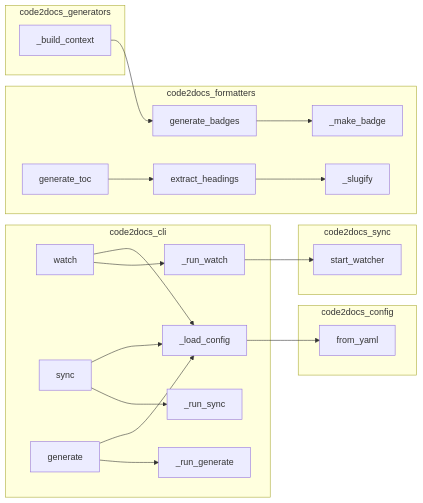
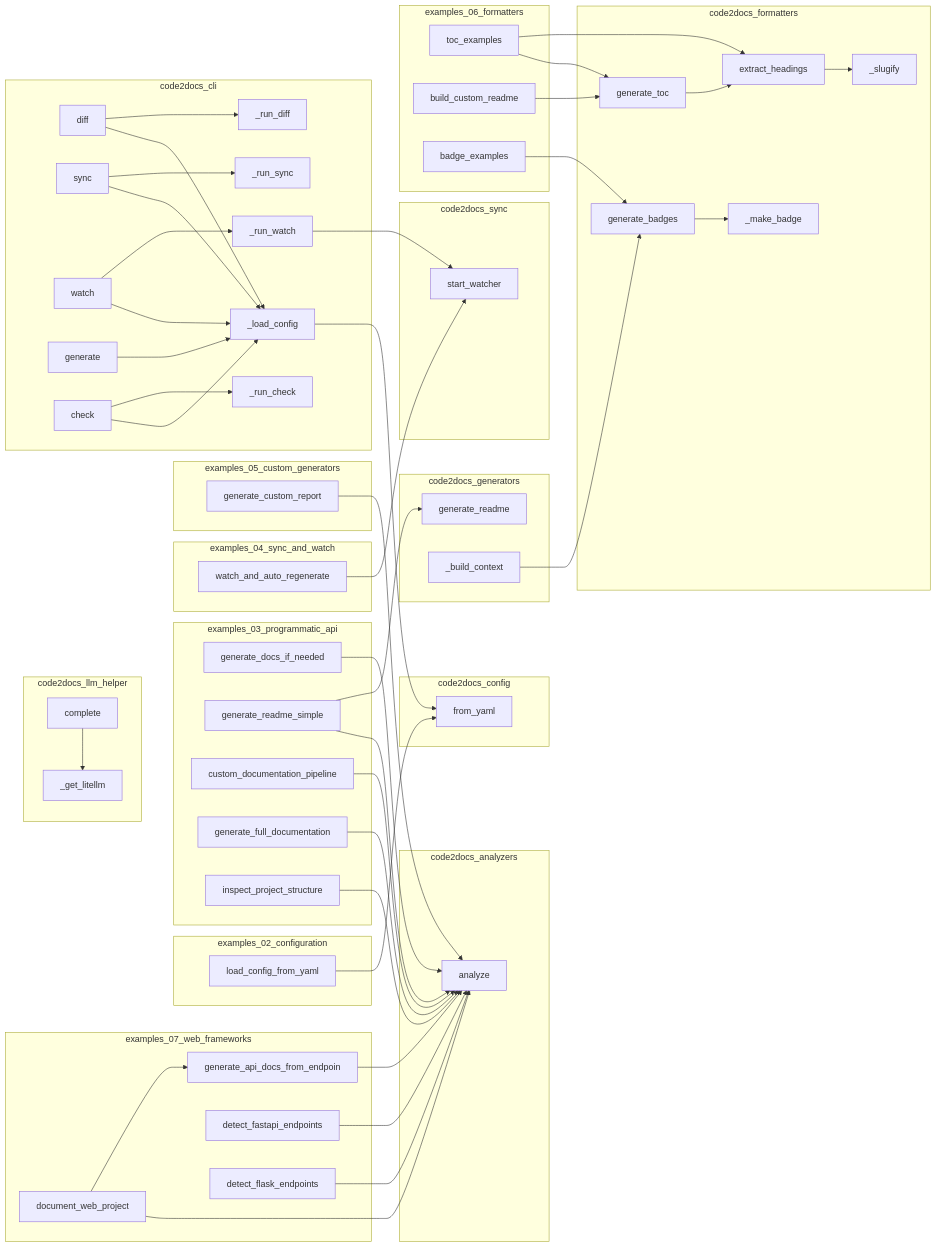
One commit to wronai/code2docs changed the diagram in project/calls.mmd. Above: the diagram before and after it, drawn with Mermaid. The commit also changed 77 other files, not shown here.

```diff
--- a/project/calls.mmd
+++ b/project/calls.mmd
@@ -1,38 +1,98 @@
 flowchart LR
+    subgraph code2docs_analyzers
+        code2docs__analyze["analyze"]
+    end
     subgraph code2docs_cli
+        code2docs__cli__diff["diff"]
         code2docs__cli___run_sync["_run_sync"]
+        code2docs__cli__sync["sync"]
+        code2docs__cli___run_diff["_run_diff"]
+        code2docs__cli___run_watch["_run_watch"]
+        code2docs__cli___run_check["_run_check"]
         code2docs__cli__watch["watch"]
-        code2docs__cli___run_generate["_run_generate"]
-        code2docs__cli__sync["sync"]
+        code2docs__cli__generate["generate"]
+        code2docs__cli__check["check"]
         code2docs__cli___load_config["_load_config"]
-        code2docs__cli__generate["generate"]
-        code2docs__cli___run_watch["_run_watch"]
     end
     subgraph code2docs_config
         code2docs__config__Code2DocsConfig__from_yaml["from_yaml"]
     end
     subgraph code2docs_formatters
         code2docs__formatters__badges___make_badge["_make_badge"]
+        code2docs__formatters__badges__generate_badges["generate_badges"]
+        code2docs__formatters__toc___slugify["_slugify"]
         code2docs__formatters__toc__generate_toc["generate_toc"]
-        code2docs__formatters__toc___slugify["_slugify"]
-        code2docs__formatters__badges__generate_badges["generate_badges"]
         code2docs__formatters__toc__extract_headings["extract_headings"]
     end
     subgraph code2docs_generators
+        code2docs__generators__readme_gen__generate_readme["generate_readme"]
         code2docs___build_context["_build_context"]
+    end
+    subgraph code2docs_llm_helper
+        code2docs__llm_helper___get_litellm["_get_litellm"]
+        code2docs__llm_helper__LLMHelper__complete["complete"]
     end
     subgraph code2docs_sync
         code2docs__sync__watcher__start_watcher["start_watcher"]
     end
+    subgraph examples_02_configuration
+        examples__02_configuration__load_config_from_yaml["load_config_from_yaml"]
+    end
+    subgraph examples_03_programmatic_api
+        examples__generate_docs_if_needed["generate_docs_if_needed"]
+        examples__generate_readme_simple["generate_readme_simple"]
+        examples__custom_documentation_pipeline["custom_documentation_pipeline"]
+        examples__generate_full_documentation["generate_full_documentation"]
+        examples__inspect_project_structure["inspect_project_structure"]
+    end
+    subgraph examples_04_sync_and_watch
+        examples__watch_and_auto_regenerate["watch_and_auto_regenerate"]
+    end
+    subgraph examples_05_custom_generators
+        examples__generate_custom_report["generate_custom_report"]
+    end
+    subgraph examples_06_formatters
+        examples__06_formatters__toc_examples["toc_examples"]
+        examples__06_formatters__build_custom_readme["build_custom_readme"]
+        examples__06_formatters__badge_examples["badge_examples"]
+    end
+    subgraph examples_07_web_frameworks
+        examples__07_web_frameworks__document_web_project["document_web_project"]
+        examples__generate_api_docs_from_endpoints["generate_api_docs_from_endpoin"]
+        examples__detect_fastapi_endpoints["detect_fastapi_endpoints"]
+        examples__detect_flask_endpoints["detect_flask_endpoints"]
+    end
+    code2docs__llm_helper__LLMHelper__complete --> code2docs__llm_helper___get_litellm
+    examples__watch_and_auto_regenerate --> code2docs__sync__watcher__start_watcher
+    examples__generate_custom_report --> code2docs__analyze
+    examples__06_formatters__badge_examples --> code2docs__formatters__badges__generate_badges
+    examples__06_formatters__toc_examples --> code2docs__formatters__toc__generate_toc
+    examples__06_formatters__toc_examples --> code2docs__formatters__toc__extract_headings
+    examples__06_formatters__build_custom_readme --> code2docs__formatters__toc__generate_toc
+    examples__generate_readme_simple --> code2docs__analyze
+    examples__generate_readme_simple --> code2docs__generators__readme_gen__generate_readme
+    examples__generate_full_documentation --> code2docs__analyze
+    examples__custom_documentation_pipeline --> code2docs__analyze
+    examples__inspect_project_structure --> code2docs__analyze
+    examples__generate_docs_if_needed --> code2docs__analyze
+    examples__detect_flask_endpoints --> code2docs__analyze
+    examples__detect_fastapi_endpoints --> code2docs__analyze
+    examples__generate_api_docs_from_endpoints --> code2docs__analyze
+    examples__07_web_frameworks__document_web_project --> code2docs__analyze
+    examples__07_web_frameworks__document_web_project --> examples__generate_api_docs_from_endpoints
+    examples__02_configuration__load_config_from_yaml --> code2docs__config__Code2DocsConfig__from_yaml
     code2docs__formatters__badges__generate_badges --> code2docs__formatters__badges___make_badge
     code2docs__formatters__toc__generate_toc --> code2docs__formatters__toc__extract_headings
     code2docs__formatters__toc__extract_headings --> code2docs__formatters__toc___slugify
     code2docs___build_context --> code2docs__formatters__badges__generate_badges
     code2docs__cli__generate --> code2docs__cli___load_config
-    code2docs__cli__generate --> code2docs__cli___run_generate
     code2docs__cli__sync --> code2docs__cli___load_config
     code2docs__cli__sync --> code2docs__cli___run_sync
     code2docs__cli__watch --> code2docs__cli___load_config
     code2docs__cli__watch --> code2docs__cli___run_watch
+    code2docs__cli__check --> code2docs__cli___load_config
+    code2docs__cli__check --> code2docs__cli___run_check
+    code2docs__cli__diff --> code2docs__cli___load_config
+    code2docs__cli__diff --> code2docs__cli___run_diff
     code2docs__cli___load_config --> code2docs__config__Code2DocsConfig__from_yaml
     code2docs__cli___run_watch --> code2docs__sync__watcher__start_watcher
```
